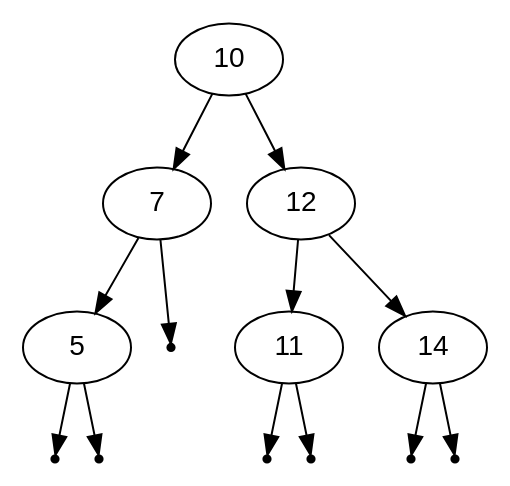
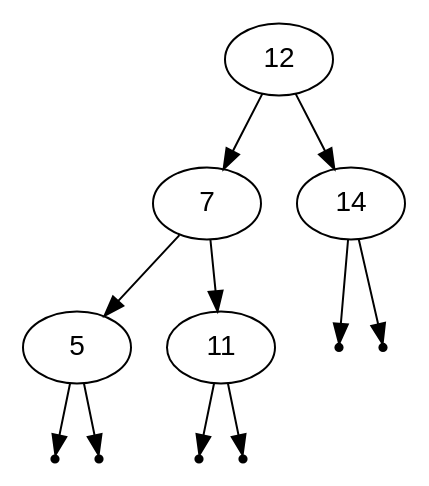
One commit to MaximilianHxrn/Berufsschule changed the diagram in 3ter Block/AVL/DotFiles/LeftRightRotTest01.dot. Above: the diagram before and after it, drawn with Graphviz. The commit also changed 19 other files, not shown here.

```diff
--- a/3ter Block/AVL/DotFiles/LeftRightRotTest01.dot
+++ b/3ter Block/AVL/DotFiles/LeftRightRotTest01.dot
@@ -1,22 +1,19 @@
 digraph BST {
     node [fontname="Arial"];
-    "10"-> "7";
-    "10"-> "12";
+    "12"-> "7";
+    "12"-> "14";
     "7"-> "5";
+    "7"-> "11";
     null0 [shape=point];
-    "7"-> null0;
+    "5"-> null0;
     null1 [shape=point];
     "5"-> null1;
     null2 [shape=point];
-    "5"-> null2;
-    "12"-> "11";
-    "12"-> "14";
+    "11"-> null2;
     null3 [shape=point];
     "11"-> null3;
     null4 [shape=point];
-    "11"-> null4;
+    "14"-> null4;
     null5 [shape=point];
     "14"-> null5;
-    null6 [shape=point];
-    "14"-> null6;
 }
```
